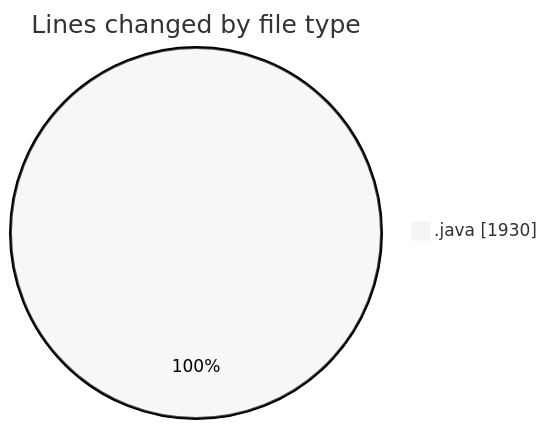
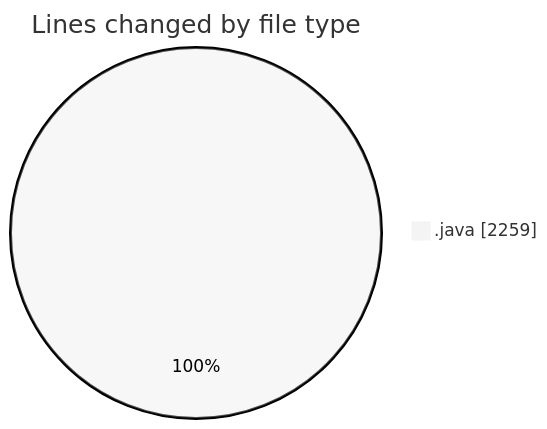
One commit to Elitesun/code-tracking changed the first of 2 diagrams in 2025-02-20/projet/README.md. Above: the diagram before and after it, drawn with Mermaid (neutral theme). The commit also changed other lines of this file and 1 other file, not shown here.

````diff
--- a/2025-02-20/projet/README.md
+++ b/2025-02-20/projet/README.md
@@ -28,5 +29,5 @@
 ```mermaid
 pie showData
 title Lines changed by file type
-".java" : 1930
+".java" : 2259
 ```
````
